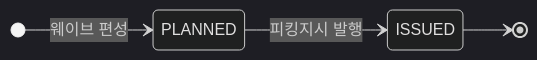
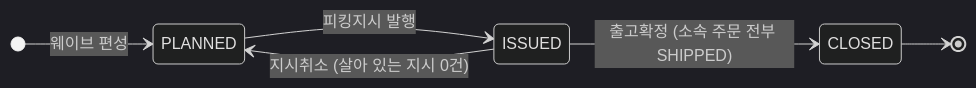
The third of 4 diagrams in docs/design.md (jhogunhee/logistics-back), drawn with Mermaid (dark theme) before and after one commit. The commit also changed other lines of this file and 20 other files, not shown here.

````diff
--- a/docs/design.md
+++ b/docs/design.md
@@ -256,7 +256,9 @@
 ```mermaid
 stateDiagram-v2
     direction LR
     [*] --> PLANNED : 웨이브 편성
     PLANNED --> ISSUED : 피킹지시 발행
-    ISSUED --> [*]
+    ISSUED --> PLANNED : 지시취소 (살아 있는 지시 0건)
+    ISSUED --> CLOSED : 출고확정 (소속 주문 전부 SHIPPED)
+    CLOSED --> [*]
 ```
````
